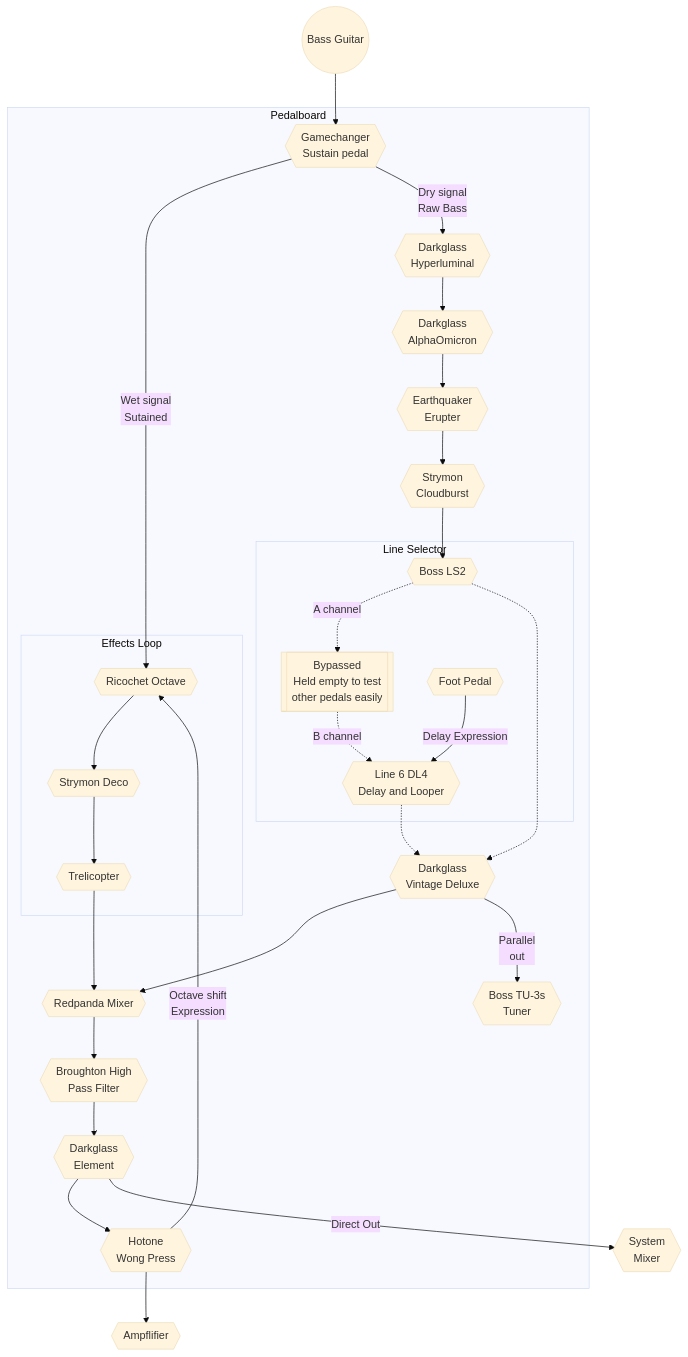
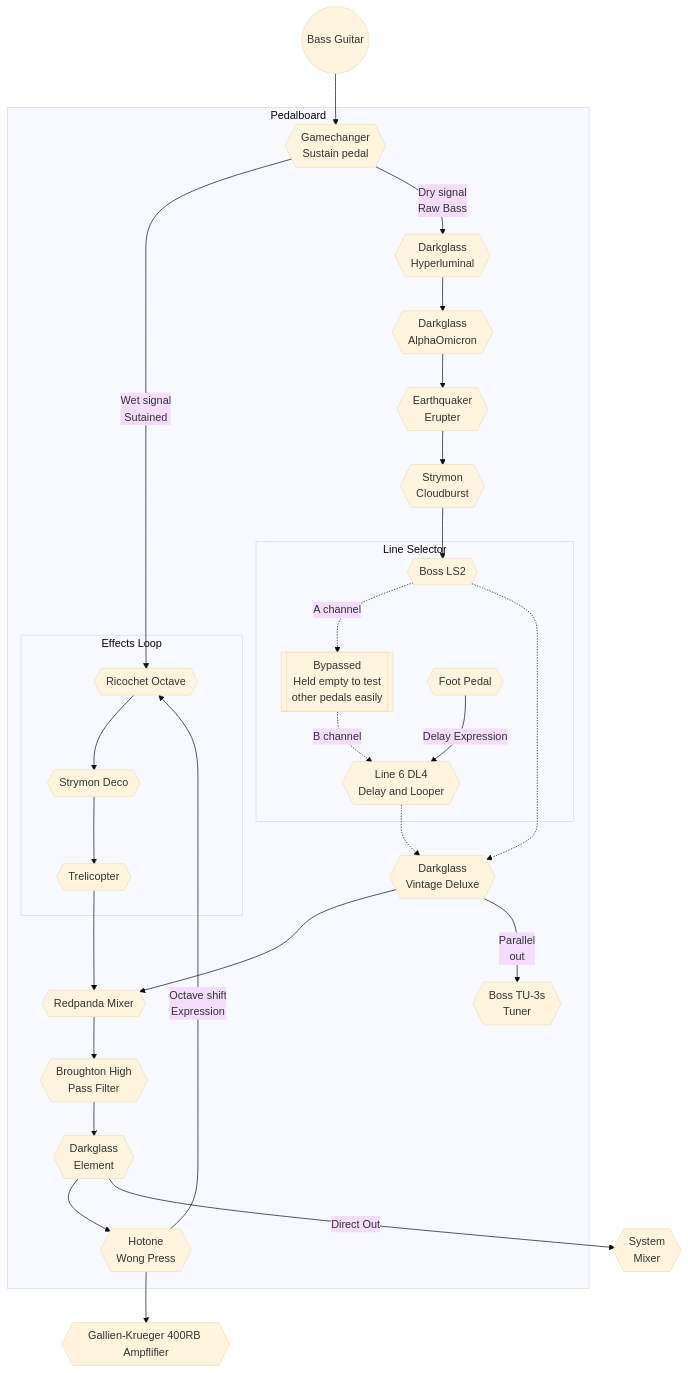
Before and after one commit to terrafied/TardisBoard: the diagram in README.md, drawn with Mermaid (base theme). The commit also changed other lines of this file, not shown here.

````diff
--- a/README.md
+++ b/README.md
@@ -7,45 +7,45 @@
 ```mermaid
 flowchart  
 
     bass((Bass Guitar)) --> gc{{Gamechanger<br/>Sustain pedal}}
 
     subgraph Pedalboard
 
             gc --> | Wet signal <br/> Sutained | octave{{Ricochet Octave}}
             gc --> | Dry signal <br/> Raw Bass | hyper{{Darkglass <br/> Hyperluminal}}
 
         subgraph Effects Loop   
             octave --> deco{{Strymon Deco}}
             deco --> trem{{Trelicopter}}
         end
         trem --> mixer{{Redpanda Mixer}}
 
         hyper -->alpha{{Darkglass <br/> AlphaOmicron}}
         alpha -->fuzz{{Earthquaker <br/> Erupter}}
         fuzz --> cloud{{Strymon <br/> Cloudburst}}
 
         cloud --> ls2{{Boss LS2}}
 
         subgraph Line Selector
             ls2 -.-> | A channel | na[[Bypassed <br/> Held empty to test<br/>other pedals easily]]
             na -.-> | B channel | dl4{{Line 6 DL4 <br/> Delay and Looper}}
             exp{{Foot Pedal}} --> |Delay Expression| dl4
         end
 
         dl4 -.-> vintage{{Darkglass <br/> Vintage Deluxe}}
         ls2 -.-> vintage
         vintage --> mixer
 
         vintage --> |Parallel <br/> out| tu3{{Boss TU-3s <br/> Tuner}}
 
         mixer --> hpf{{Broughton High <br/> Pass Filter}}
         hpf --> element{{Darkglass <br/> Element}}
 
         element --> volume{{Hotone <br/> Wong Press}}
         volume --> | Octave shift <br/> Expression | octave
     end
 
     element --> | Direct Out | sys{{System <br/> Mixer}}
 
-    volume --> amp{{Ampflifier}}
+    volume --> amp{{Gallien-Krueger 400RB Ampflifier}}
 ```
````
